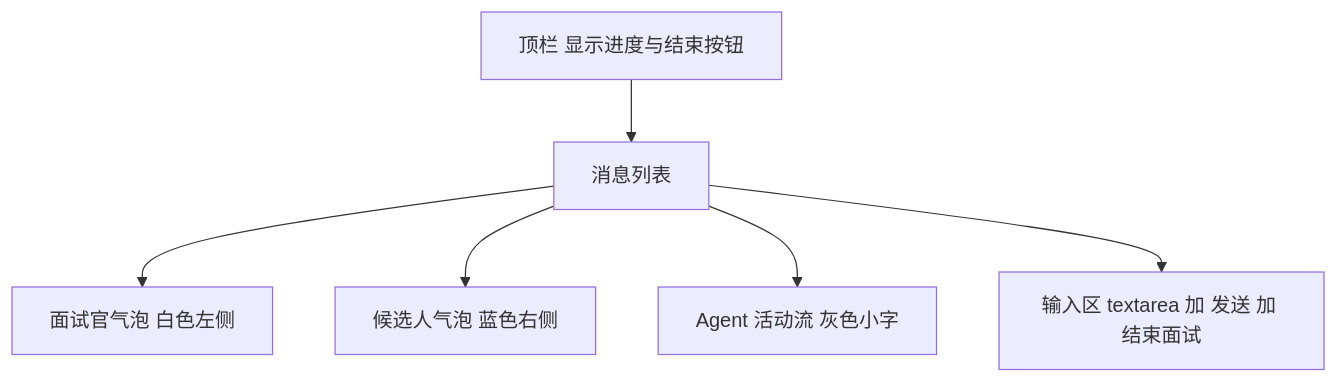
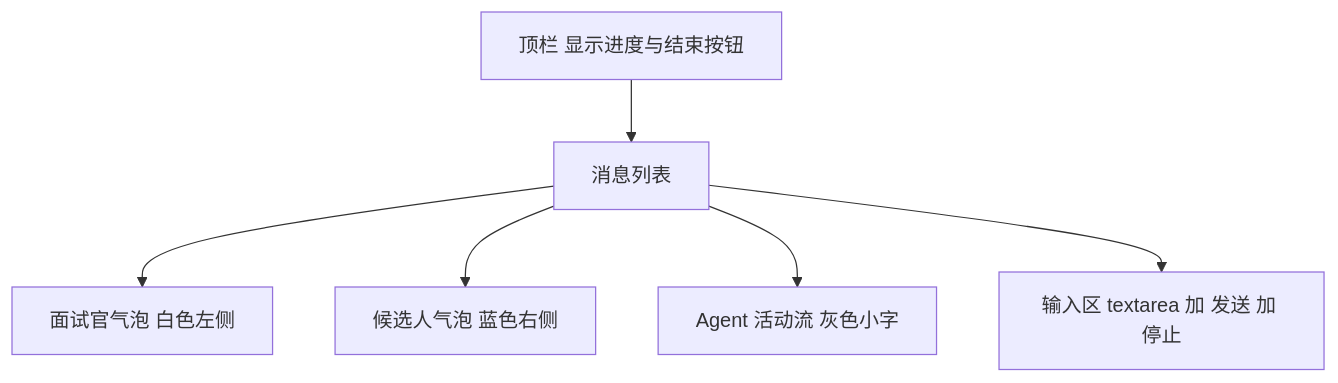
One commit to Sakura-hexo/mockInterview changed the fourth of 6 diagrams in .agentdocs/plans/2026-10-29/AI模拟面试平台-前端页面-优化方案.md. Above: the diagram before and after it, drawn with Mermaid. The commit also changed other lines of this file and 43 other files, not shown here.

````diff
--- a/.agentdocs/plans/2026-10-29/AI模拟面试平台-前端页面-优化方案.md
+++ b/.agentdocs/plans/2026-10-29/AI模拟面试平台-前端页面-优化方案.md
@@ -122,8 +124,8 @@
 ```mermaid
 flowchart TB
     H[顶栏 显示进度与结束按钮] --> L[消息列表]
     L --> M1[面试官气泡 白色左侧]
     L --> M2[候选人气泡 蓝色右侧]
     L --> A[Agent 活动流 灰色小字]
-    L --> C[输入区 textarea 加 发送 加 结束面试]
+    L --> C[输入区 textarea 加 发送 加 停止]
 ```
````
